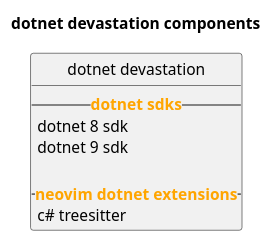
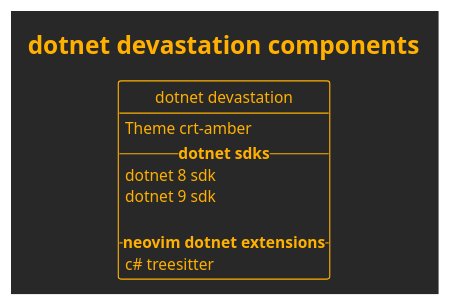
Before and after one commit to this-kirke/devastation: the diagram in docs/src/dotnet_architecture.puml, drawn with PlantUML. The commit also changed 13 other files, not shown here.

```diff
--- a/docs/src/dotnet_architecture.puml
+++ b/docs/src/dotnet_architecture.puml
@@ -1,18 +1,20 @@
 @startuml dotnet_architecture
 
+!theme crt-amber
 
 title dotnet devastation components
 
 hide circle
 hide stereotypes
 
 class "dotnet devastation" as DotnetDev {
-  -- <color:ORANGE><b>dotnet sdks</b></color> --
+  Theme crt-amber
+  -- <b>dotnet sdks</b> --
   dotnet 8 sdk
   dotnet 9 sdk
   
-  -- <color:ORANGE><b>neovim dotnet extensions</b></color> --
+  -- <b>neovim dotnet extensions</b> --
   c# treesitter
 }
 
 @enduml
```
